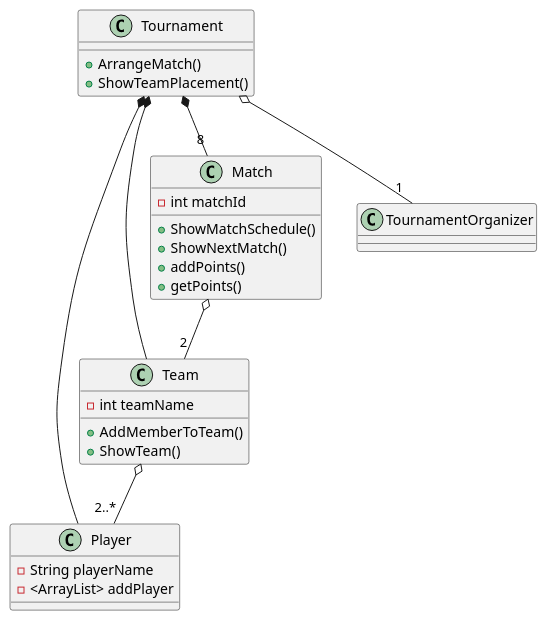
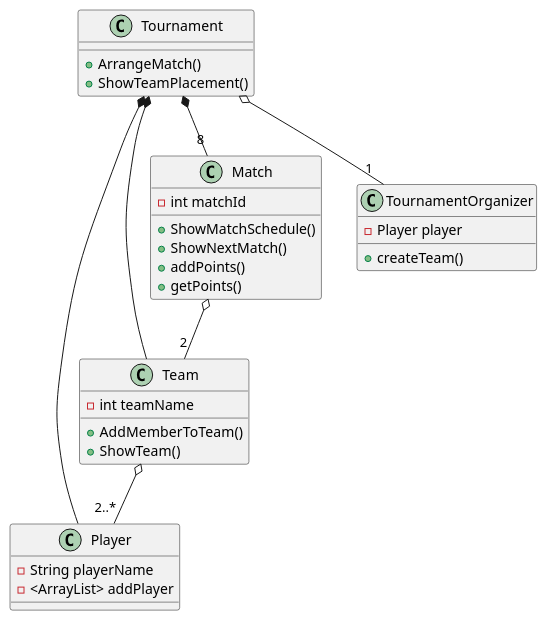
One commit to DeRp-DaWg/SP3 changed the diagram in doc/Class.puml. Above: the diagram before and after it, drawn with PlantUML.

```diff
--- a/doc/Class.puml
+++ b/doc/Class.puml
@@ -1,38 +1,40 @@
 @startuml
 'https://plantuml.com/class-diagram
 
 class Player {
 -String playerName
 -<ArrayList> addPlayer
 }
 
 class Team {
 -int teamName
 +AddMemberToTeam()
 +ShowTeam()
 }
 
 class Match {
 -int matchId
 +ShowMatchSchedule()
 +ShowNextMatch()
 +addPoints()
 +getPoints()
 }
 
 class Tournament {
 +ArrangeMatch()
 +ShowTeamPlacement()
 }
 
 class TournamentOrganizer {
+-Player player
++createTeam()
 }
 
 Tournament o-- "1" TournamentOrganizer
 Tournament *-- "8" Match
 Tournament *-- Player
 Tournament *-- Team
 Match o-- "2" Team
 Team o-- "2..*" Player
 
 @enduml
```
